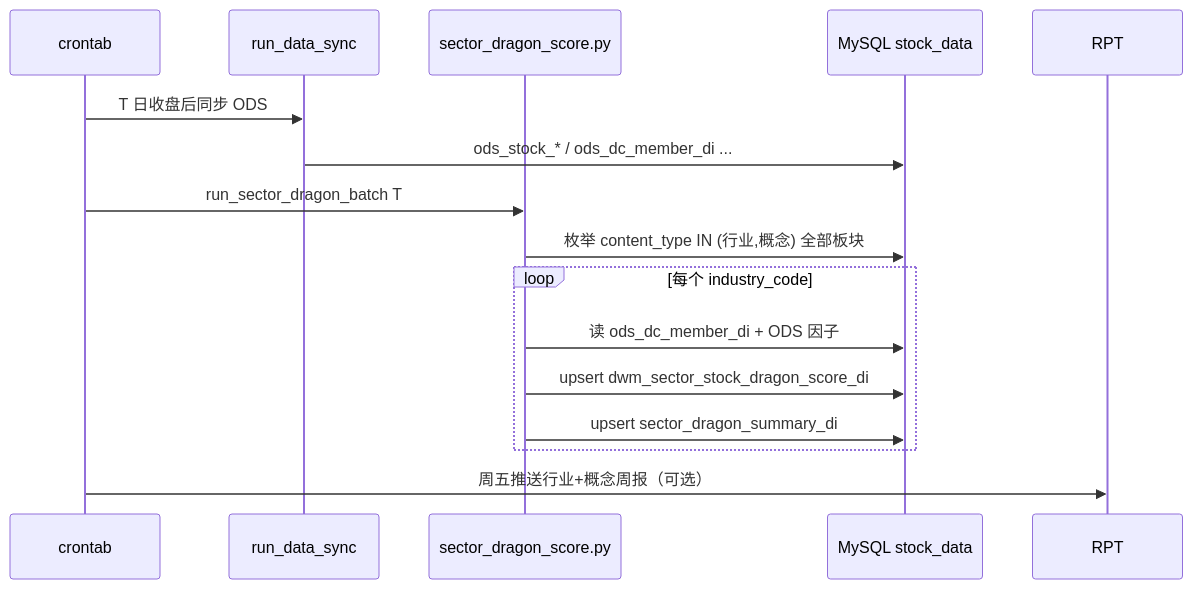
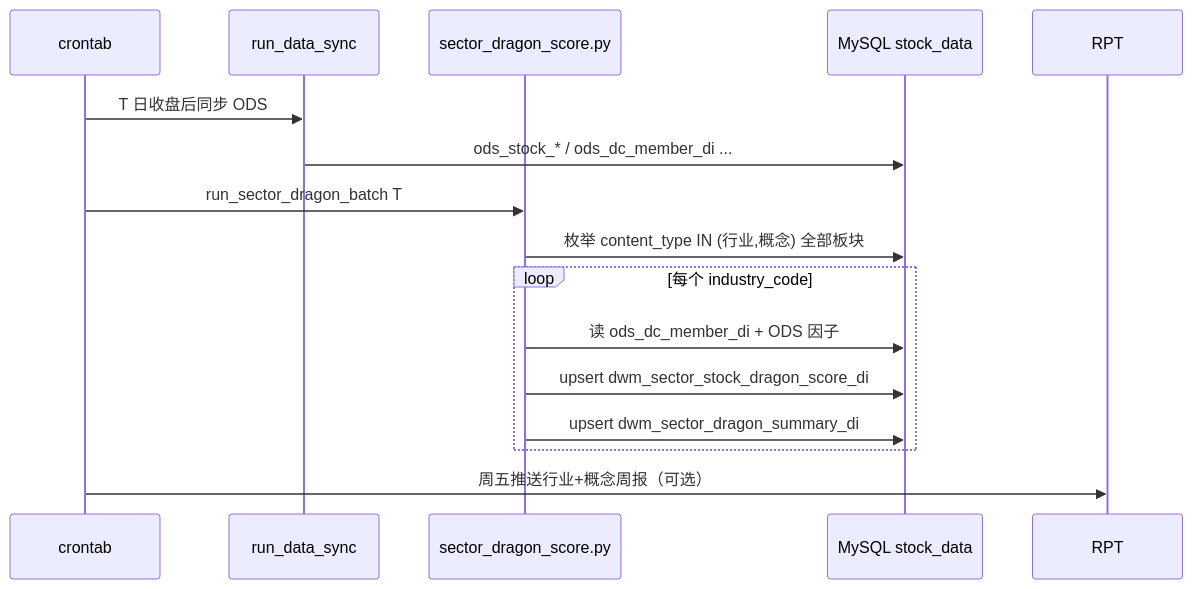
Before and after one commit to jinlujie111/stock_data: the second of 2 diagrams in 需求整理/需求2-板块龙头股-技术文档.md, drawn with Mermaid. The commit also changed other lines of this file and 16 other files, not shown here.

````diff
--- a/需求整理/需求2-板块龙头股-技术文档.md
+++ b/需求整理/需求2-板块龙头股-技术文档.md
@@ -392,18 +392,18 @@
 ```mermaid
 sequenceDiagram
     participant JOB as crontab
     participant SYNC as run_data_sync
     participant ETL as sector_dragon_score.py
     participant DB as MySQL stock_data
 
     JOB->>SYNC: T 日收盘后同步 ODS
     SYNC->>DB: ods_stock_* / ods_dc_member_di ...
     JOB->>ETL: run_sector_dragon_batch T
     ETL->>DB: 枚举 content_type IN (行业,概念) 全部板块
     loop 每个 industry_code
         ETL->>DB: 读 ods_dc_member_di + ODS 因子
         ETL->>DB: upsert dwm_sector_stock_dragon_score_di
-        ETL->>DB: upsert sector_dragon_summary_di
+        ETL->>DB: upsert dwm_sector_dragon_summary_di
     end
     JOB->>RPT: 周五推送行业+概念周报（可选）
 ```
````
